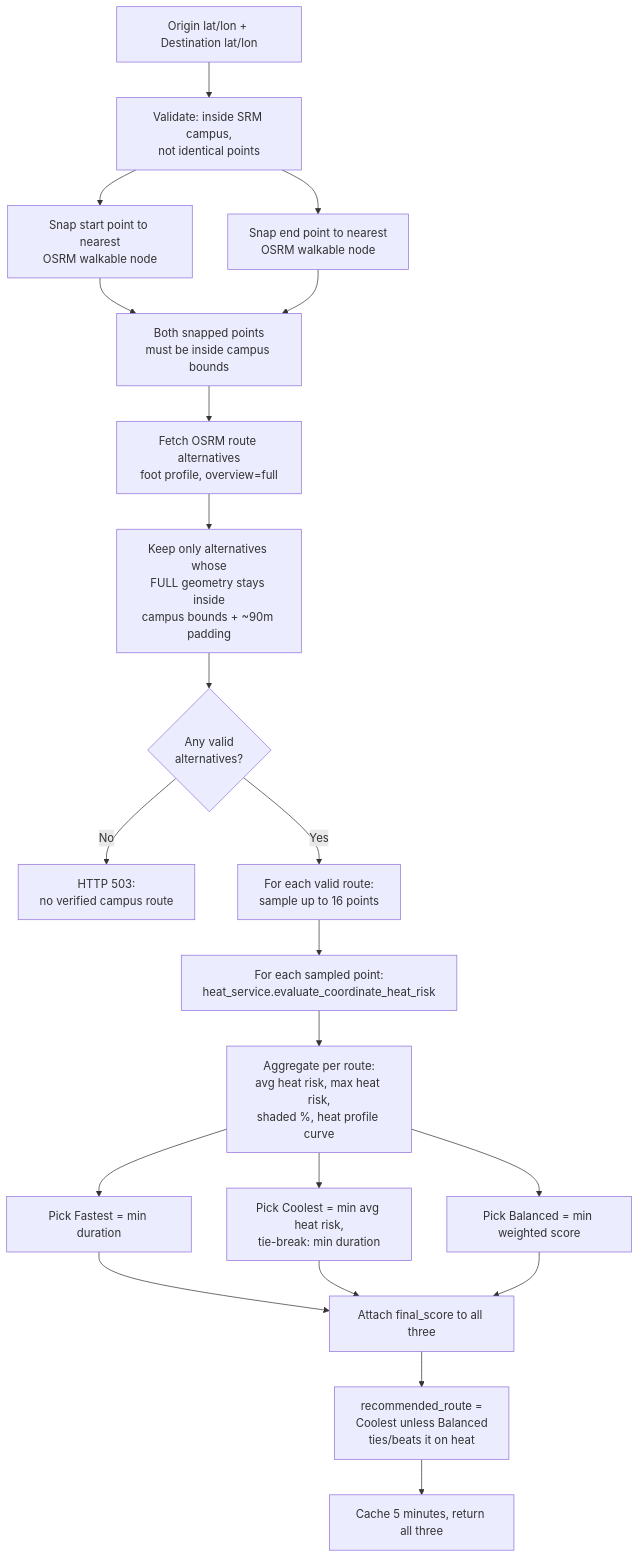
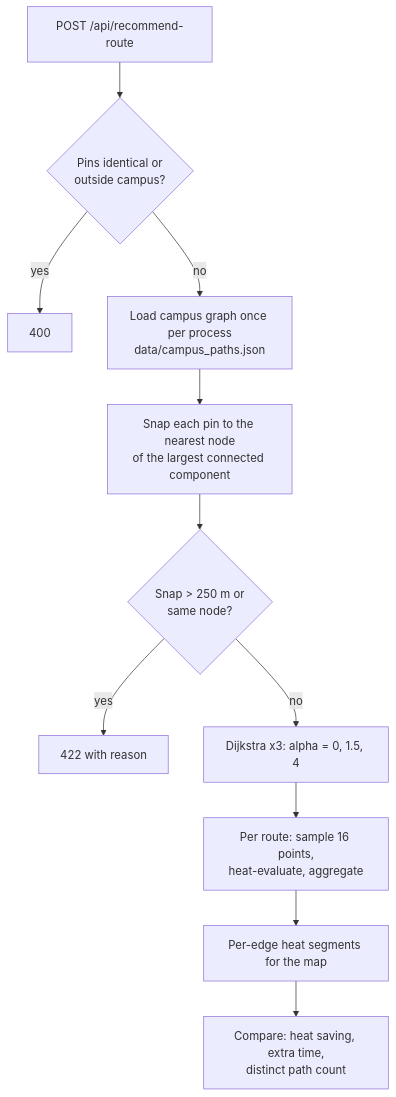
The diagram in docs/ROUTE_OPTIMIZATION.md (Rohit-1123/UrbanHeat), drawn with Mermaid before and after one commit. The commit also changed other lines of this file and 57 other files, not shown here.

````diff
--- a/docs/ROUTE_OPTIMIZATION.md
+++ b/docs/ROUTE_OPTIMIZATION.md
@@ -11,23 +9,13 @@
 ```mermaid
 flowchart TD
-    A[Origin lat/lon + Destination lat/lon] --> B[Validate: inside SRM campus,\nnot identical points]
-    B --> C[Snap start point to nearest\nOSRM walkable node]
-    B --> D[Snap end point to nearest\nOSRM walkable node]
-    C --> E[Both snapped points\nmust be inside campus bounds]
-    D --> E
-    E --> F[Fetch OSRM route alternatives\nfoot profile, overview=full]
-    F --> G[Keep only alternatives whose\nFULL geometry stays inside\ncampus bounds + ~90m padding]
-    G --> H{Any valid\nalternatives?}
-    H -->|No| I[HTTP 503:\nno verified campus route]
-    H -->|Yes| J[For each valid route:\nsample up to 16 points]
-    J --> K[For each sampled point:\nheat_service.evaluate_coordinate_heat_risk]
-    K --> L[Aggregate per route:\navg heat risk, max heat risk,\nshaded %, heat profile curve]
-    L --> M[Pick Fastest = min duration]
-    L --> N[Pick Coolest = min avg heat risk,\ntie-break: min duration]
-    L --> O[Pick Balanced = min weighted score]
-    M --> P[Attach final_score to all three]
-    N --> P
-    O --> P
-    P --> Q[recommended_route =\nCoolest unless Balanced\nties/beats it on heat]
-    Q --> R[Cache 5 minutes, return all three]
+    A[POST /api/recommend-route] --> B{Pins identical or\noutside campus?}
+    B -->|yes| X[400]
+    B -->|no| C[Load campus graph once per process\ndata/campus_paths.json]
+    C --> D[Snap each pin to the nearest node\nof the largest connected component]
+    D --> E{Snap > 250 m or\nsame node?}
+    E -->|yes| Y[422 with reason]
+    E -->|no| F[Dijkstra x3: alpha = 0, 1.5, 4]
+    F --> G[Per route: sample 16 points,\nheat-evaluate, aggregate]
+    G --> H[Per-edge heat segments for the map]
+    H --> I[Compare: heat saving, extra time,\ndistinct path count]
 ```
````
